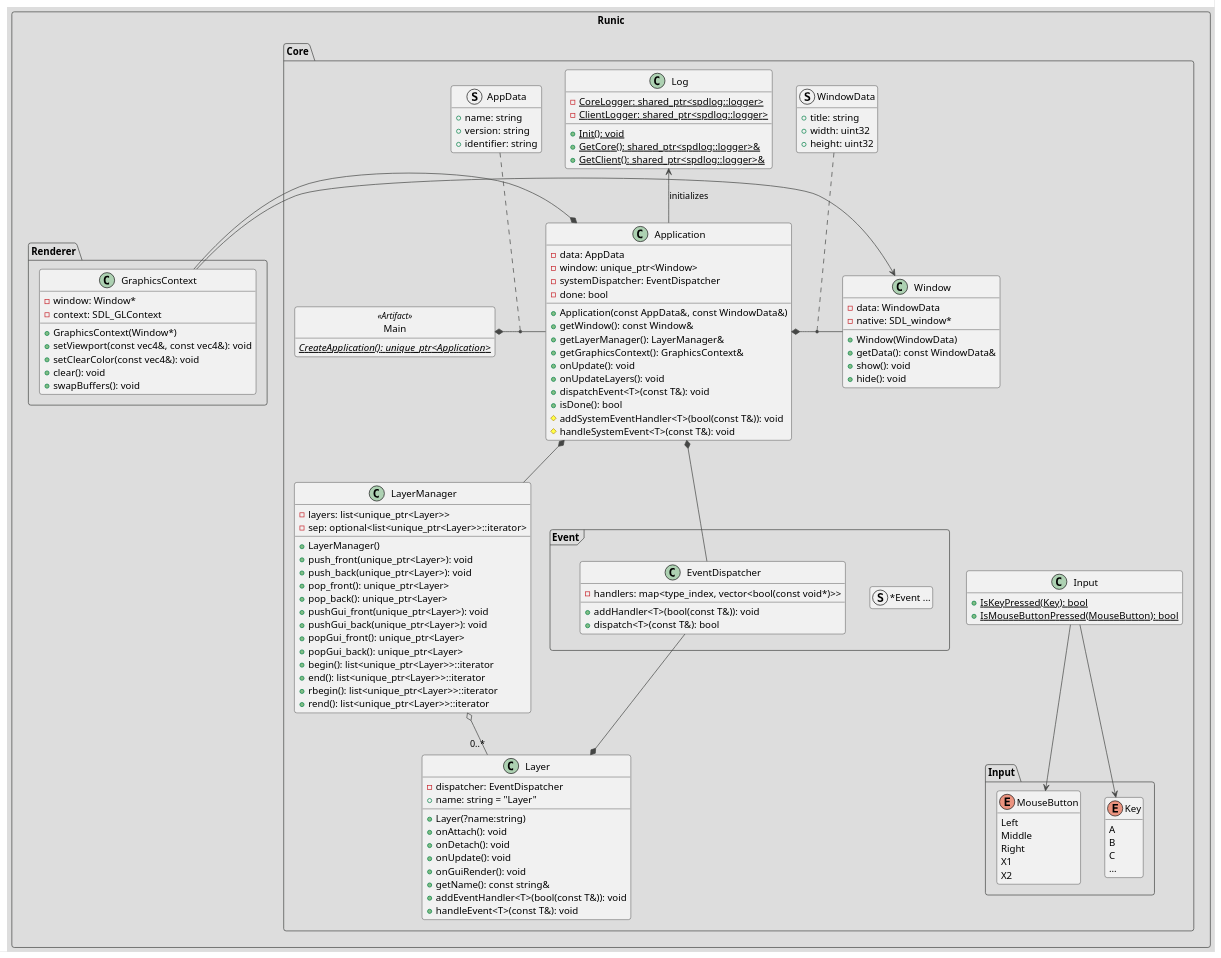
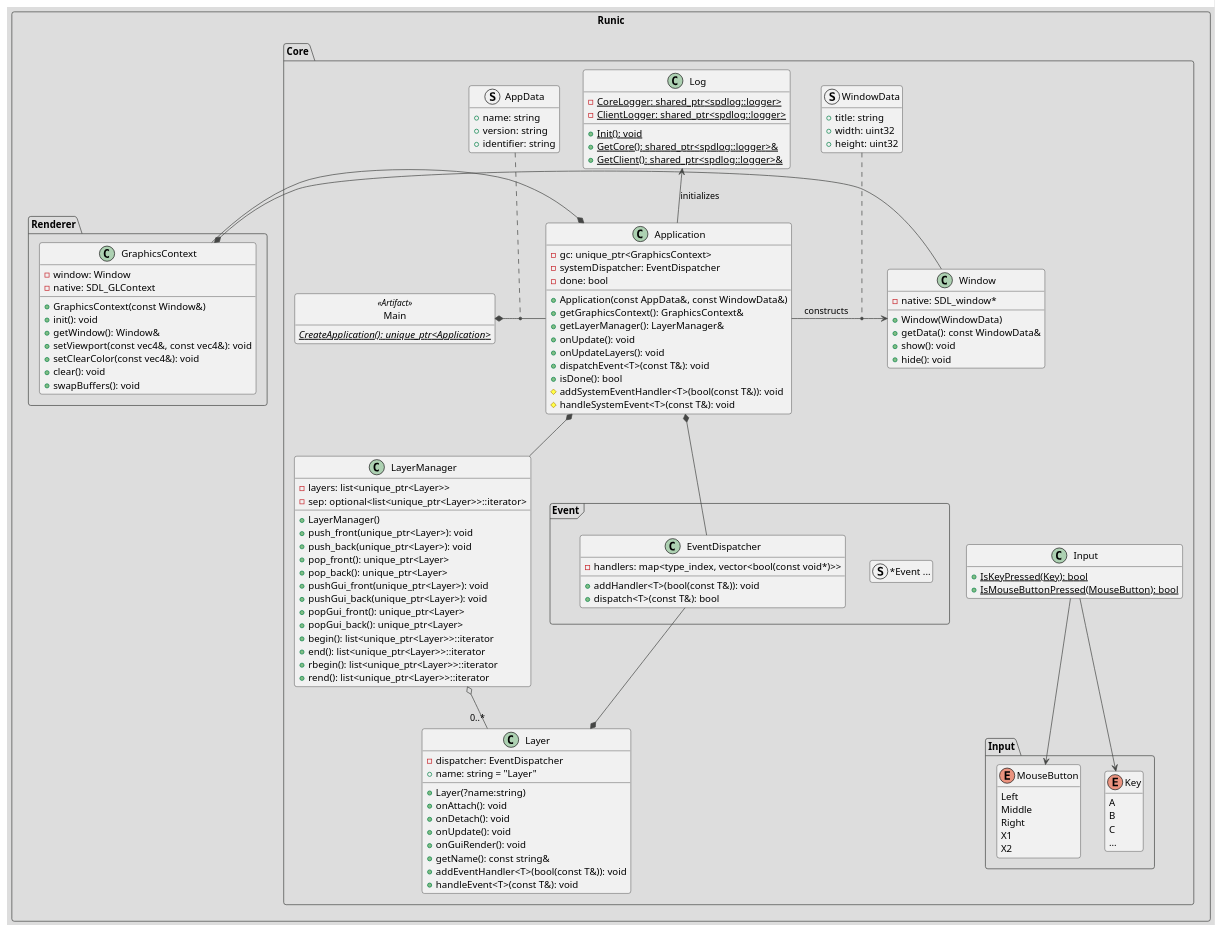
The diagram in Runic/doc/classes.plantuml (dedbox/Runic), drawn with PlantUML before and after one commit. The commit also changed 8 other files, not shown here.

Commit message:
add OpenGL debugging to GraphicsContext

```diff
--- a/Runic/doc/classes.plantuml
+++ b/Runic/doc/classes.plantuml
@@ -1,162 +1,163 @@
 @startuml
 !theme toy
 
 package Runic <<rectangle>> {
   package Core <<folder>> {
     class Main <<Artifact>> {
       {static} {abstract} CreateApplication(): unique_ptr<Application>
     }
 
     hide <<Artifact>> circle
     hide <<Artifact>> fields
 
     struct AppData {
       + name: string
       + version: string
       + identifier: string
     }
 
     class Application {
-      - data: AppData
-      - window: unique_ptr<Window>
+      - gc: unique_ptr<GraphicsContext>
       - systemDispatcher: EventDispatcher
       - done: bool
       + Application(const AppData&, const WindowData&)
-      + getWindow(): const Window&
+      + getGraphicsContext(): GraphicsContext&
       + getLayerManager(): LayerManager&
-      + getGraphicsContext(): GraphicsContext&
       + onUpdate(): void
       + onUpdateLayers(): void
       + dispatchEvent<T>(const T&): void
       + isDone(): bool
       # addSystemEventHandler<T>(bool(const T&)): void
       # handleSystemEvent<T>(const T&): void
     }
 
     Main *- Application
     AppData .. (Main, Application)
 
     struct WindowData {
       + title: string
       + width: uint32
       + height: uint32
     }
 
     class Window {
-      - data: WindowData
       - native: SDL_window*
       + Window(WindowData)
       + getData(): const WindowData&
       + show(): void
       + hide(): void
     }
 
-    Application *- Window
+    Application -> Window : constructs
     WindowData .. (Application, Window)
 
     class Log {
       {static} - CoreLogger: shared_ptr<spdlog::logger>
       {static} - ClientLogger: shared_ptr<spdlog::logger>
       {static} + Init(): void
       {static} + GetCore(): shared_ptr<spdlog::logger>&
       {static} + GetClient(): shared_ptr<spdlog::logger>&
     }
 
-     Application -up-> Log : initializes
+    Application -up-> Log : initializes
 
     class Input {
       {static} + IsKeyPressed(Key): bool
       {static} + IsMouseButtonPressed(MouseButton): bool
     }
 
     package Input as InputPkg {
       enum Key {
         A
         B
         C
         ...
       }
 
       enum MouseButton {
         Left
         Middle
         Right
         X1
         X2
       }
     }
 
     Input --> Key
     Input --> MouseButton
 
     package Event <<Frame>> {
       struct "*Event ..." as ConcreteEvent
 
       class EventDispatcher {
         {field} - handlers: map<type_index, vector<bool(const void*)>>
         + addHandler<T>(bool(const T&)): void
         + dispatch<T>(const T&): bool
       }
     }
 
     Application *-- EventDispatcher
 
     class Layer {
       - dispatcher: EventDispatcher
       + name: string = "Layer"
       + Layer(?name:string)
       + onAttach(): void
       + onDetach(): void
       + onUpdate(): void
       + onGuiRender(): void
       + getName(): const string&
       + addEventHandler<T>(bool(const T&)): void
       + handleEvent<T>(const T&): void
     }
 
     Layer *-- EventDispatcher
 
     class LayerManager {
       - layers: list<unique_ptr<Layer>>
       - sep: optional<list<unique_ptr<Layer>>::iterator>
       + LayerManager()
       + push_front(unique_ptr<Layer>): void
       + push_back(unique_ptr<Layer>): void
       + pop_front(): unique_ptr<Layer>
       + pop_back(): unique_ptr<Layer>
       + pushGui_front(unique_ptr<Layer>): void
       + pushGui_back(unique_ptr<Layer>): void
       + popGui_front(): unique_ptr<Layer>
       + popGui_back(): unique_ptr<Layer>
       + begin(): list<unique_ptr<Layer>>::iterator
       + end(): list<unique_ptr<Layer>>::iterator
       + rbegin(): list<unique_ptr<Layer>>::iterator
       + rend(): list<unique_ptr<Layer>>::iterator
     }
 
     LayerManager o-- "0..*" Layer
     Application *-- LayerManager
 
     LayerManager -[hidden]left- Event
     LayerManager -[hidden]right- Input
   }
 
+  ' Renderer -------------------------------------------------------------------
+
   package Renderer {
     class GraphicsContext {
-      - window: Window*
-      - context: SDL_GLContext
-      + GraphicsContext(Window*)
+      - window: Window
+      - native: SDL_GLContext
+      + GraphicsContext(const Window&)
+      + init(): void
+      + getWindow(): Window&
       + setViewport(const vec4&, const vec4&): void
       + setClearColor(const vec4&): void
       + clear(): void
       + swapBuffers(): void
     }
 
     Application *- GraphicsContext
-    GraphicsContext -> Window
+    GraphicsContext *- Window
   }
 }
 
 hide empty members
 
 @enduml
```
